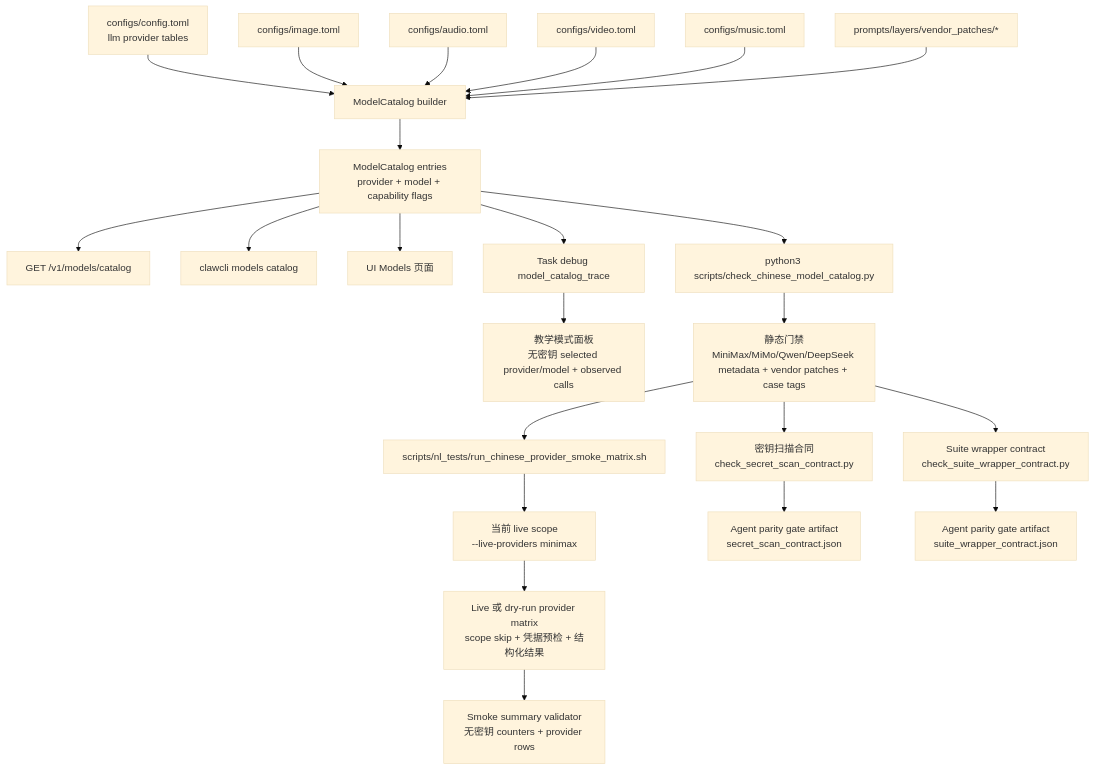
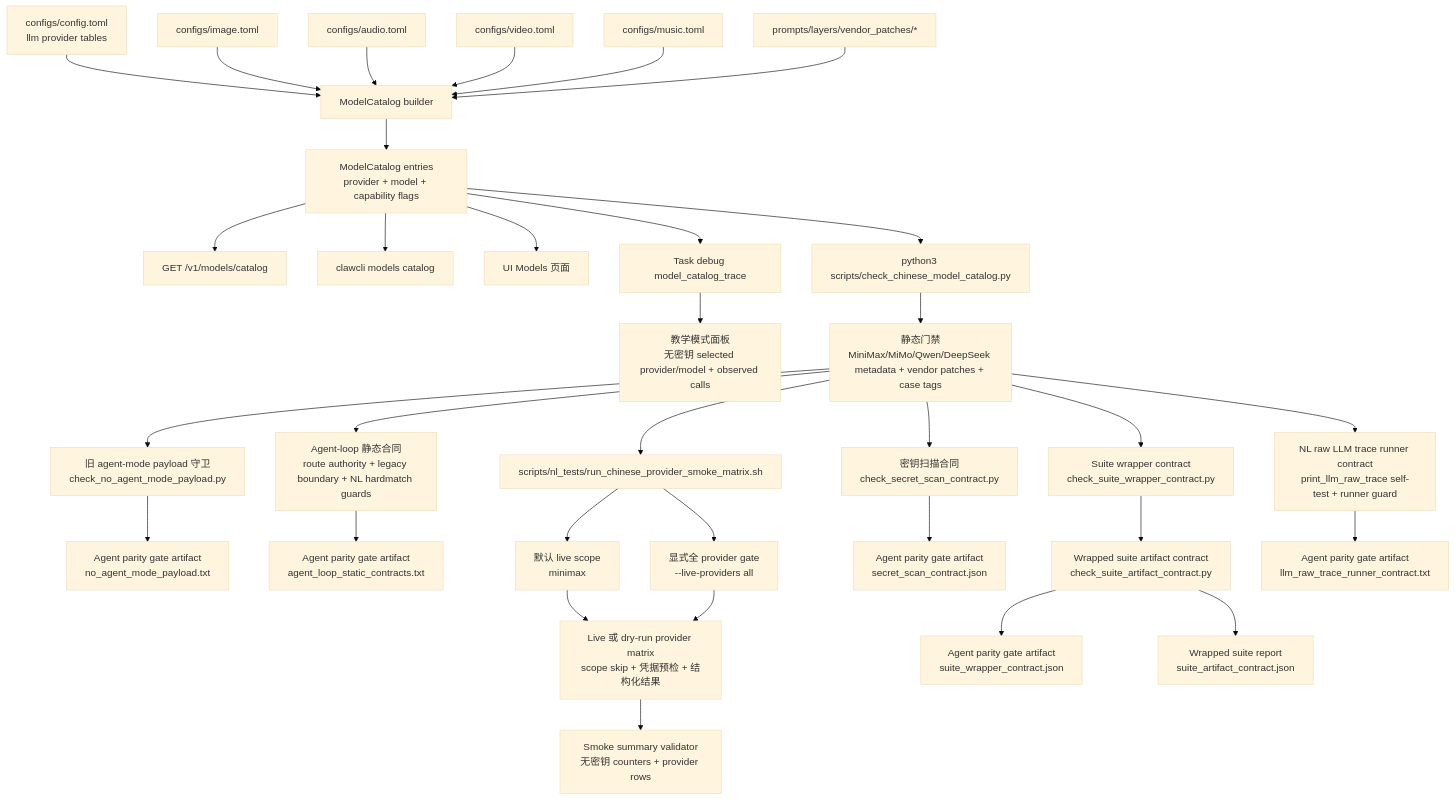
One commit to MatrixCoreX/RustClaw changed the sixth of 6 diagrams in README.zh-CN.md. Above: the diagram before and after it, drawn with Mermaid (base theme). The commit also changed other lines of this file and 2 other files, not shown here.

Commit message:
Sync zh README agent parity guard docs

````diff
--- a/README.zh-CN.md
+++ b/README.zh-CN.md
@@ -669,25 +669,35 @@
 ```mermaid
 flowchart TD
     A[configs/config.toml<br/>llm provider tables] --> B[ModelCatalog builder]
     C[configs/image.toml] --> B
     D[configs/audio.toml] --> B
     E[configs/video.toml] --> B
     F[configs/music.toml] --> B
     G[prompts/layers/vendor_patches/*] --> B
     B --> H[ModelCatalog entries<br/>provider + model + capability flags]
     H --> I[GET /v1/models/catalog]
     H --> J[clawcli models catalog]
     H --> K[UI Models 页面]
     H --> L[Task debug model_catalog_trace]
     L --> M[教学模式面板<br/>无密钥 selected provider/model + observed calls]
     H --> N[python3 scripts/check_chinese_model_catalog.py]
     N --> O[静态门禁<br/>MiniMax/MiMo/Qwen/DeepSeek metadata + vendor patches + case tags]
+    O --> AM[旧 agent-mode payload 守卫<br/>check_no_agent_mode_payload.py]
+    AM --> AA[Agent parity gate artifact<br/>no_agent_mode_payload.txt]
+    O --> ALS[Agent-loop 静态合同<br/>route authority + legacy boundary + NL hardmatch guards]
+    ALS --> ALA[Agent parity gate artifact<br/>agent_loop_static_contracts.txt]
     O --> SC[密钥扫描合同<br/>check_secret_scan_contract.py]
     O --> P[scripts/nl_tests/run_chinese_provider_smoke_matrix.sh]
-    P --> PS[当前 live scope<br/>--live-providers minimax]
+    P --> PS[默认 live scope<br/>minimax]
     PS --> Q[Live 或 dry-run provider matrix<br/>scope skip + 凭据预检 + 结构化结果]
+    P --> R[显式全 provider gate<br/>--live-providers all]
+    R --> Q
     Q --> SV[Smoke summary validator<br/>无密钥 counters + provider rows]
     SC --> AP[Agent parity gate artifact<br/>secret_scan_contract.json]
     O --> SW[Suite wrapper contract<br/>check_suite_wrapper_contract.py]
-    SW --> AW[Agent parity gate artifact<br/>suite_wrapper_contract.json]
+    SW --> SAC[Wrapped suite artifact contract<br/>check_suite_artifact_contract.py]
+    SAC --> AW[Agent parity gate artifact<br/>suite_wrapper_contract.json]
+    SAC --> SAR[Wrapped suite report<br/>suite_artifact_contract.json]
+    O --> LT[NL raw LLM trace runner contract<br/>print_llm_raw_trace self-test + runner guard]
+    LT --> AT[Agent parity gate artifact<br/>llm_raw_trace_runner_contract.txt]
 ```
````
